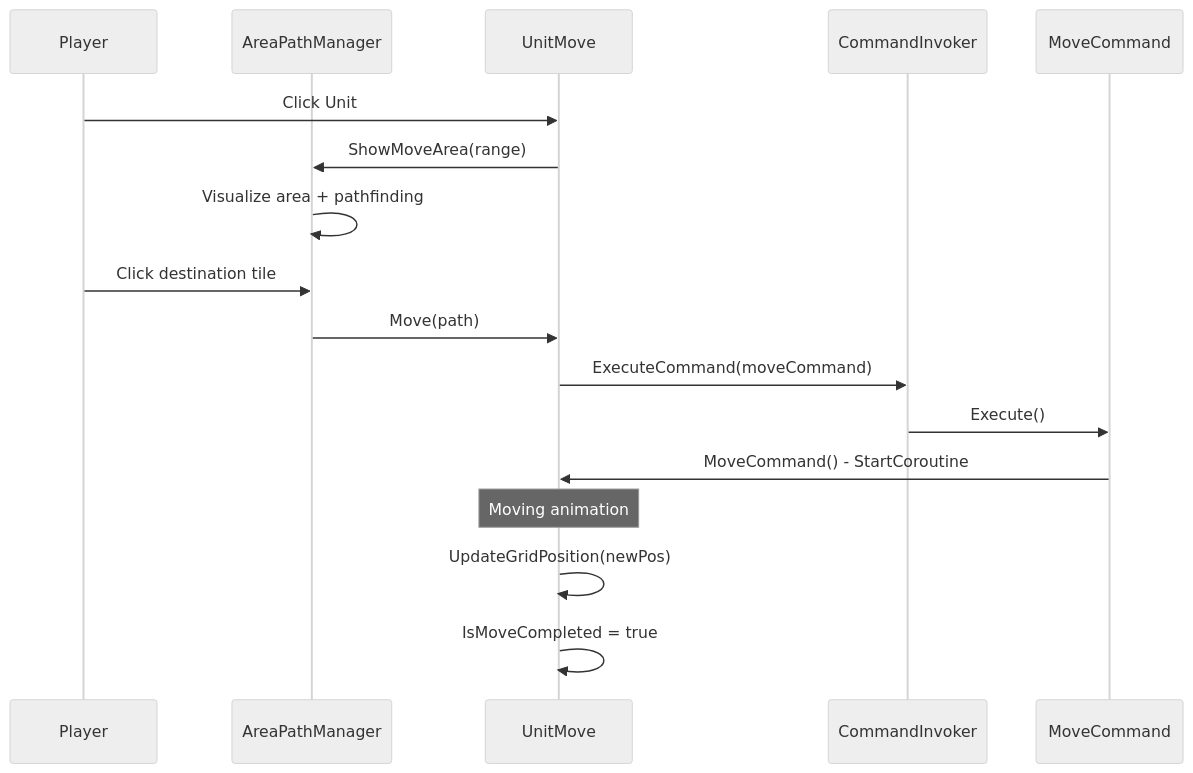
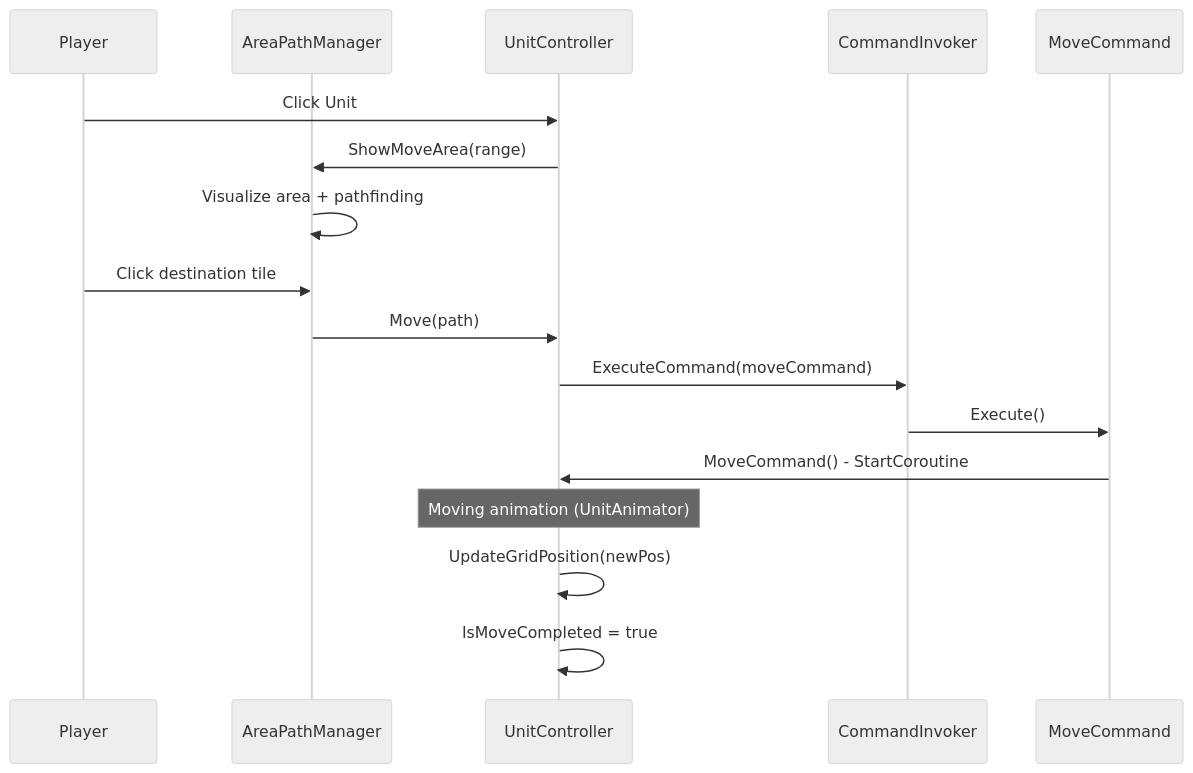
Before and after one commit to manhtruong594/turnbased_2025: the fourth of 8 diagrams in Assets/Docs/Systems docs/Core_Gameloop_System.md, drawn with Mermaid (neutral theme). The commit also changed other lines of this file and 74 other files, not shown here.

````diff
--- a/Assets/Docs/Systems docs/Core_Gameloop_System.md
+++ b/Assets/Docs/Systems docs/Core_Gameloop_System.md
@@ -209,21 +241,21 @@
 ```mermaid
 sequenceDiagram
     participant Player
     participant APM as AreaPathManager
-    participant Unit as UnitMove
+    participant Unit as UnitController
     participant CI as CommandInvoker
     participant MC as MoveCommand
     
     Player->>Unit: Click Unit
     Unit->>APM: ShowMoveArea(range)
     APM->>APM: Visualize area + pathfinding
     
     Player->>APM: Click destination tile
     APM->>Unit: Move(path)
     Unit->>CI: ExecuteCommand(moveCommand)
     CI->>MC: Execute()
     MC->>Unit: MoveCommand() - StartCoroutine
-    Note over Unit: Moving animation
+    Note over Unit: Moving animation (UnitAnimator)
     Unit->>Unit: UpdateGridPosition(newPos)
     Unit->>Unit: IsMoveCompleted = true
 ```
````
